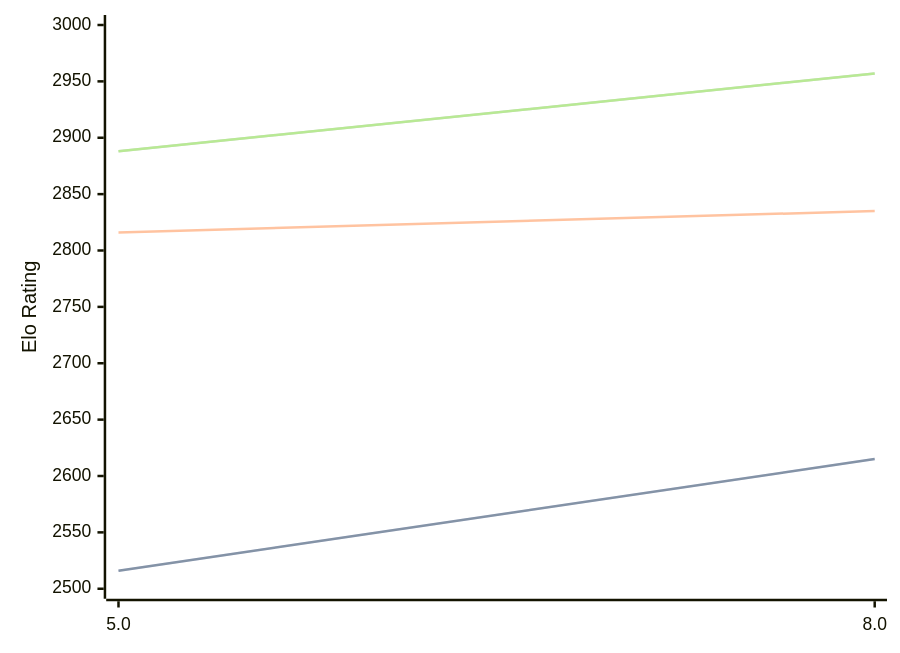
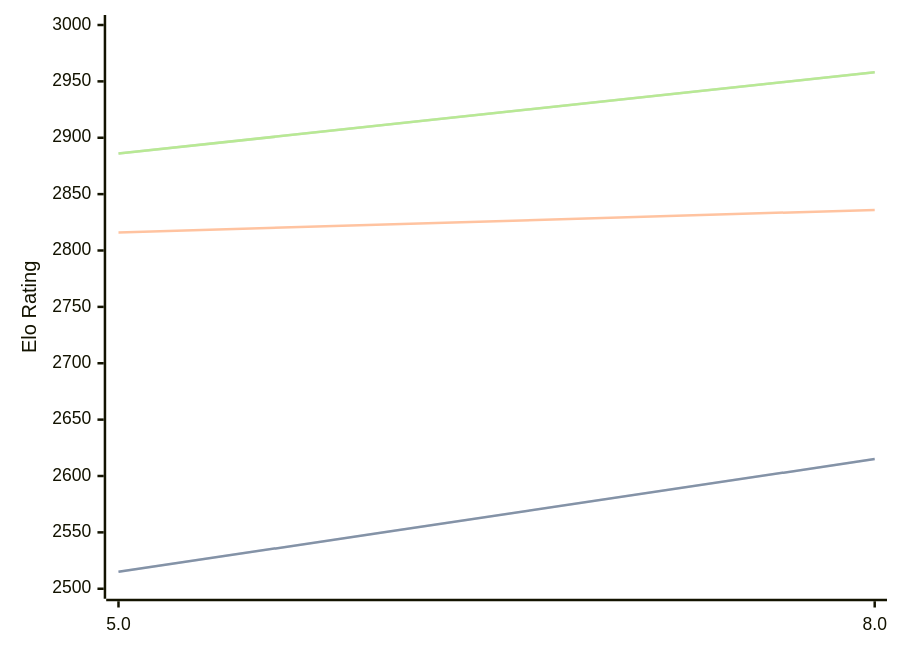
The diagram in engines/4kc.md (computer-chess-index/cci), drawn with Mermaid before and after one commit. The commit also changed other lines of this file, not shown here.

Commit message:
Update CCI Ratings (ELO VLTC) - 2026-03-22

````diff
--- a/engines/4kc.md
+++ b/engines/4kc.md
@@ -41,11 +41,11 @@
 ```mermaid
 %%{init: {"theme":"base","themeVariables":{"seriesColors:['#a3a3a3','#222221','#faa371']}}}%%
 xychart-beta
   x-axis ["5.0", "8.0"]
   y-axis "Elo Rating" 2500 --> 3000
-  line "STC (8.0+0.08s)" [2516, 2615]
-  line "STC (8.0+0.08s)" [2516, 2615]
-  line "LTC (60.0+0.60s)" [2816, 2835]
-  line "VLTC (2m24s+1.12s)" [2888, 2957]
-  line "VLTC (2m24s+1.12s)" [2888, 2957]
+  line "STC (8.0+0.08s)" [2515, 2615]
+  line "STC (8.0+0.08s)" [2515, 2615]
+  line "LTC (60.0+0.60s)" [2816, 2836]
+  line "VLTC (2m24s+1.12s)" [2886, 2958]
+  line "VLTC (2m24s+1.12s)" [2886, 2958]
 ```
````
